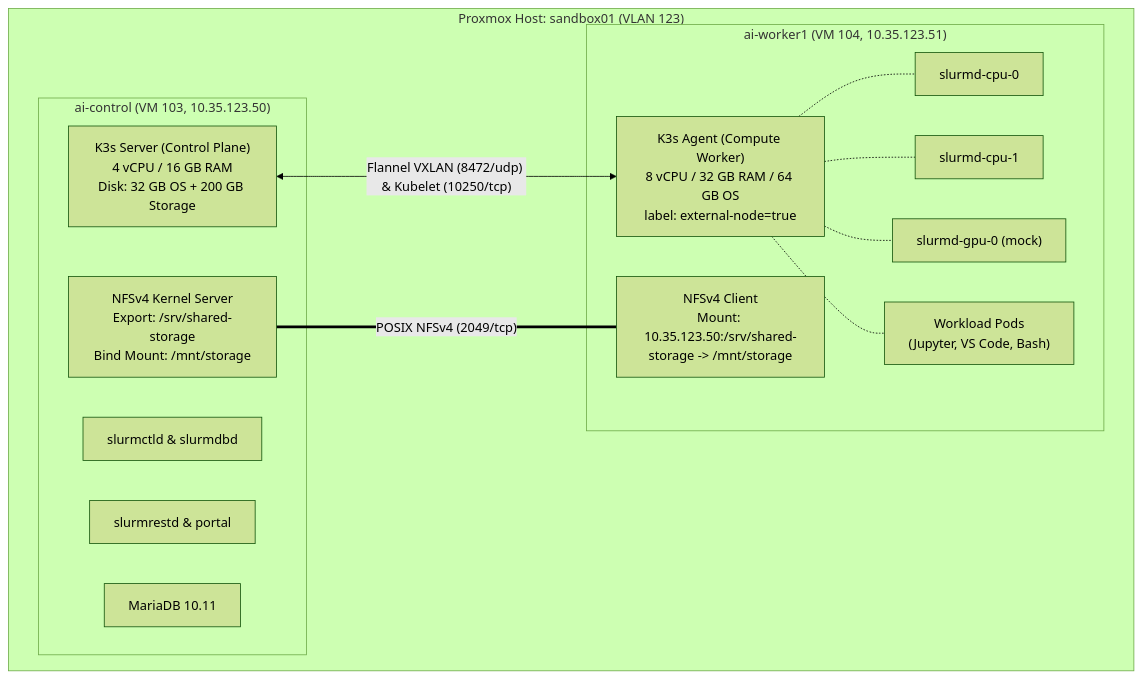
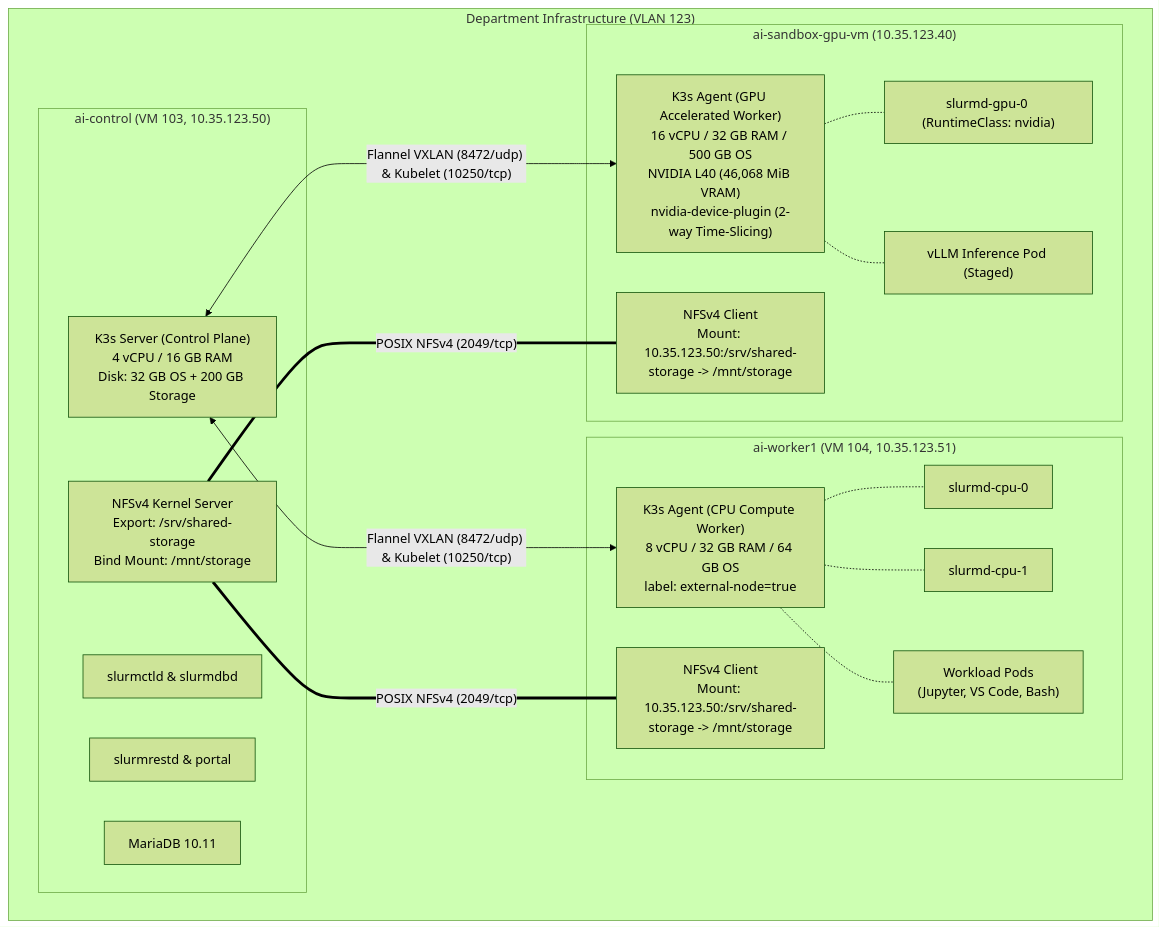
Before and after one commit to khemingkapat/ai_sandbox: the first of 5 diagrams in docs/BACKEND_DEPLOYMENT_REPORT.md, drawn with Mermaid (forest theme). The commit also changed other lines of this file and 11 other files, not shown here.

````diff
--- a/docs/BACKEND_DEPLOYMENT_REPORT.md
+++ b/docs/BACKEND_DEPLOYMENT_REPORT.md
@@ -64,28 +64,37 @@
 ```mermaid
 flowchart TD
-    subgraph "Proxmox Host: sandbox01 (VLAN 123)"
+    subgraph "Department Infrastructure (VLAN 123)"
         subgraph "ai-control (VM 103, 10.35.123.50)"
             CP["K3s Server (Control Plane)<br/>4 vCPU / 16 GB RAM<br/>Disk: 32 GB OS + 200 GB Storage"]
             NFS_S["NFSv4 Kernel Server<br/>Export: /srv/shared-storage<br/>Bind Mount: /mnt/storage"]
             CTRL["slurmctld & slurmdbd"]
             REST["slurmrestd & portal"]
             DB["MariaDB 10.11"]
         end
 
         subgraph "ai-worker1 (VM 104, 10.35.123.51)"
-            W1["K3s Agent (Compute Worker)<br/>8 vCPU / 32 GB RAM / 64 GB OS<br/>label: external-node=true"]
-            NFS_C["NFSv4 Client<br/>Mount: 10.35.123.50:/srv/shared-storage -> /mnt/storage"]
+            W1["K3s Agent (CPU Compute Worker)<br/>8 vCPU / 32 GB RAM / 64 GB OS<br/>label: external-node=true"]
+            NFS_C1["NFSv4 Client<br/>Mount: 10.35.123.50:/srv/shared-storage -> /mnt/storage"]
             SC0["slurmd-cpu-0"]
             SC1["slurmd-cpu-1"]
-            SG0["slurmd-gpu-0 (mock)"]
             WP["Workload Pods<br/>(Jupyter, VS Code, Bash)"]
+        end
+
+        subgraph "ai-sandbox-gpu-vm (10.35.123.40)"
+            W_GPU["K3s Agent (GPU Accelerated Worker)<br/>16 vCPU / 32 GB RAM / 500 GB OS<br/>NVIDIA L40 (46,068 MiB VRAM)<br/>nvidia-device-plugin (2-way Time-Slicing)"]
+            NFS_C2["NFSv4 Client<br/>Mount: 10.35.123.50:/srv/shared-storage -> /mnt/storage"]
+            SG0["slurmd-gpu-0 (RuntimeClass: nvidia)"]
+            VLLM["vLLM Inference Pod (Staged)"]
         end
     end
 
     CP <--->|"Flannel VXLAN (8472/udp) & Kubelet (10250/tcp)"| W1
-    NFS_S ===|"POSIX NFSv4 (2049/tcp)"| NFS_C
+    CP <--->|"Flannel VXLAN (8472/udp) & Kubelet (10250/tcp)"| W_GPU
+    NFS_S ===|"POSIX NFSv4 (2049/tcp)"| NFS_C1
+    NFS_S ===|"POSIX NFSv4 (2049/tcp)"| NFS_C2
     W1 -.- SC0
     W1 -.- SC1
-    W1 -.- SG0
     W1 -.- WP
+    W_GPU -.- SG0
+    W_GPU -.- VLLM
 ```
````
